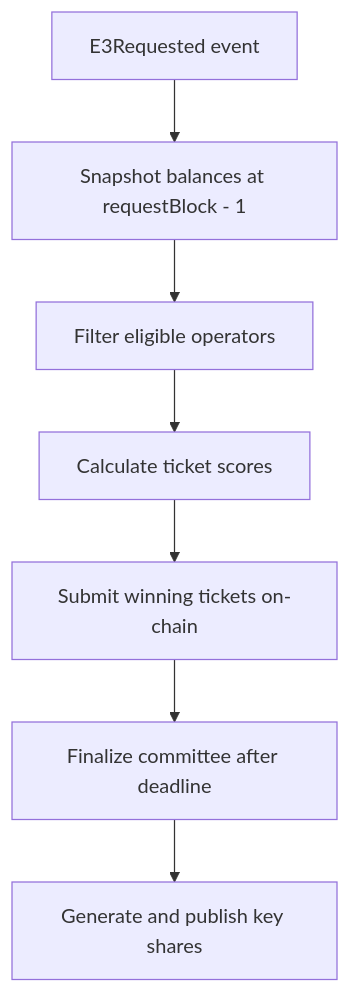
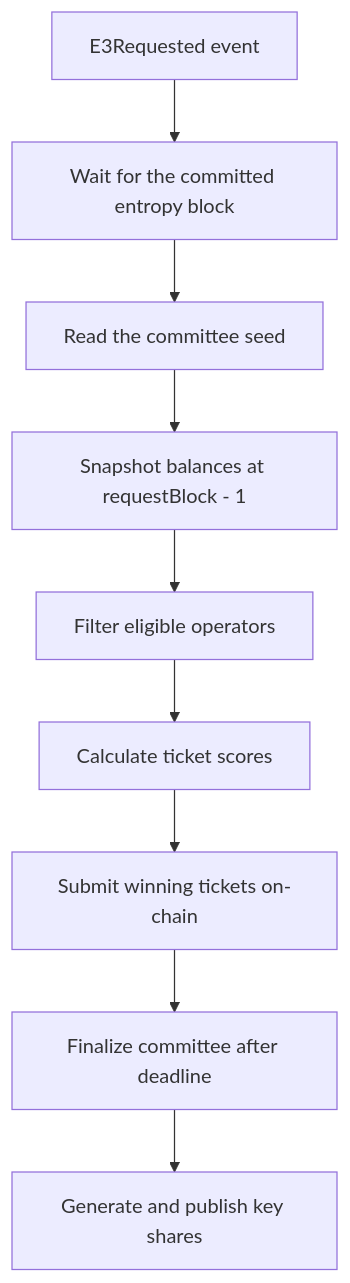
Before and after one commit to auryn-macmillan/enclave: the diagram in docs/pages/ciphernode-operators/tickets-and-sortition.mdx, drawn with Mermaid. The commit also changed other lines of this file and 33 other files, not shown here.

Commit message:
fix(sortition): derive committee seed after request [skip-line-limit] (#1792)

````diff
--- a/docs/pages/ciphernode-operators/tickets-and-sortition.mdx
+++ b/docs/pages/ciphernode-operators/tickets-and-sortition.mdx
@@ -82,9 +83,11 @@
 ```mermaid
 flowchart TD
-    A[E3Requested event] --> B[Snapshot balances at requestBlock - 1]
-    B --> C[Filter eligible operators]
-    C --> D[Calculate ticket scores]
-    D --> E[Submit winning tickets on-chain]
-    E --> F[Finalize committee after deadline]
-    F --> G[Generate and publish key shares]
+    A[E3Requested event] --> B[Wait for the committed entropy block]
+    B --> C[Read the committee seed]
+    C --> D[Snapshot balances at requestBlock - 1]
+    D --> E[Filter eligible operators]
+    E --> F[Calculate ticket scores]
+    F --> G[Submit winning tickets on-chain]
+    G --> H[Finalize committee after deadline]
+    H --> I[Generate and publish key shares]
 ```
````
